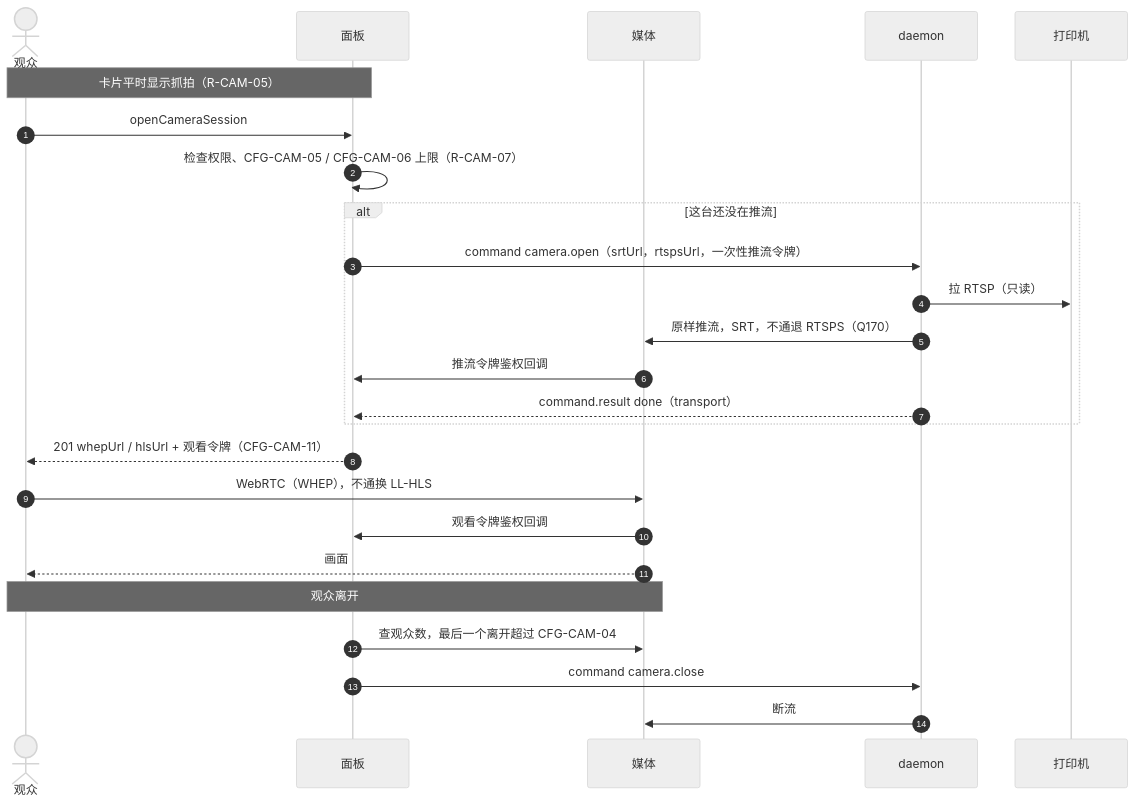
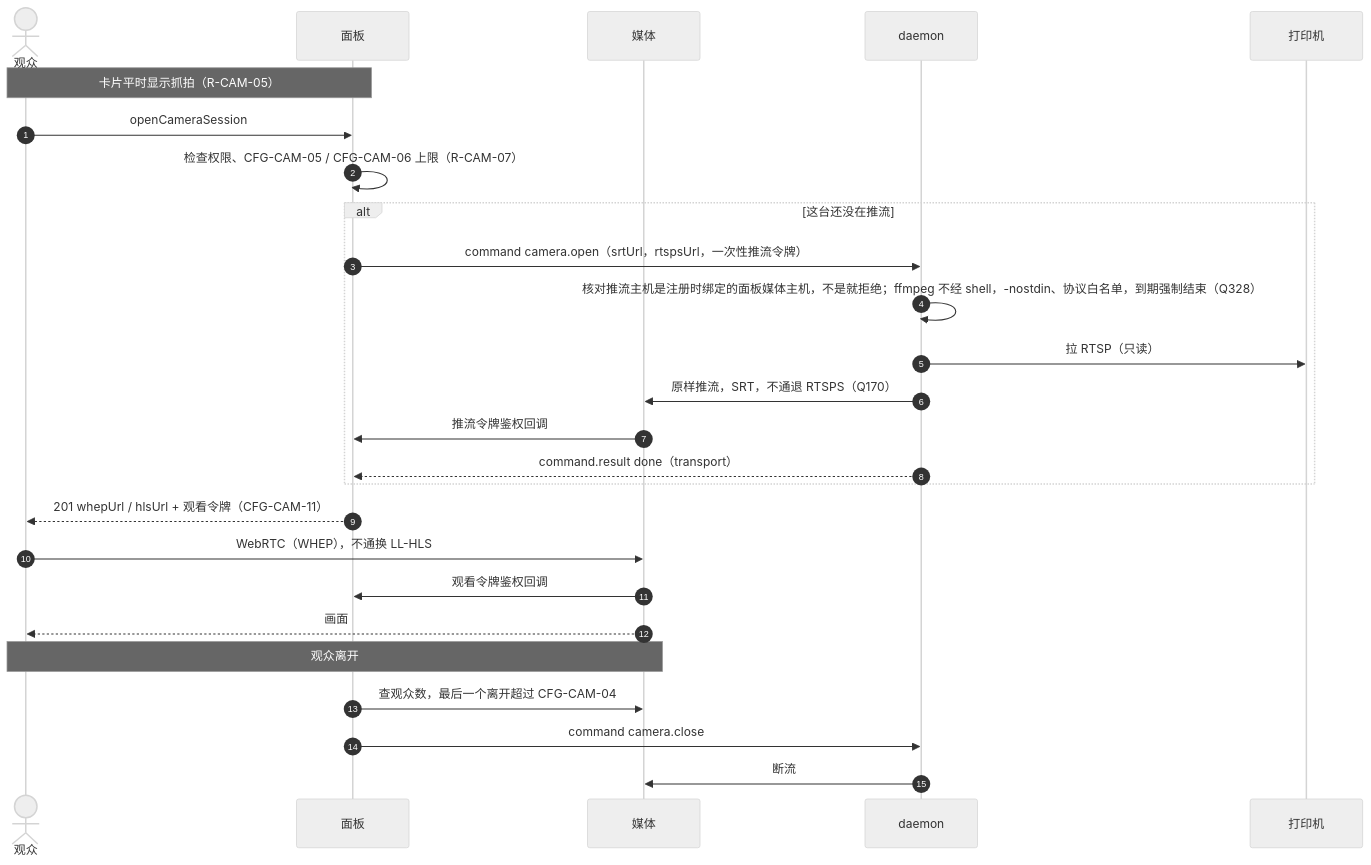
The tenth of 11 diagrams in docs/design/03-sequences.md (PlateRelay/PlateRelay), drawn with Mermaid (neutral theme) before and after one commit. The commit also changed other lines of this file, not shown here.

First line of the commit message:
docs(design): align sequences with third-round review refinements

````diff
--- a/docs/design/03-sequences.md
+++ b/docs/design/03-sequences.md
@@ -403,27 +404,28 @@
 ```mermaid
 sequenceDiagram
   autonumber
   actor V as 观众
   participant P as 面板
   participant X as 媒体
   participant D as daemon
   participant R as 打印机
   Note over V,P: 卡片平时显示抓拍（R-CAM-05）
   V->>P: openCameraSession
   P->>P: 检查权限、CFG-CAM-05 / CFG-CAM-06 上限（R-CAM-07）
   alt 这台还没在推流
     P->>D: command camera.open（srtUrl，rtspsUrl，一次性推流令牌）
+    D->>D: 核对推流主机是注册时绑定的面板媒体主机，不是就拒绝；ffmpeg 不经 shell，-nostdin、协议白名单，到期强制结束（Q328）
     D->>R: 拉 RTSP（只读）
     D->>X: 原样推流，SRT，不通退 RTSPS（Q170）
     X->>P: 推流令牌鉴权回调
     D-->>P: command.result done（transport）
   end
   P-->>V: 201 whepUrl / hlsUrl + 观看令牌（CFG-CAM-11）
   V->>X: WebRTC（WHEP），不通换 LL-HLS
   X->>P: 观看令牌鉴权回调
   X-->>V: 画面
   Note over V,X: 观众离开
   P->>X: 查观众数，最后一个离开超过 CFG-CAM-04
   P->>D: command camera.close
   D->>X: 断流
 ```
````
